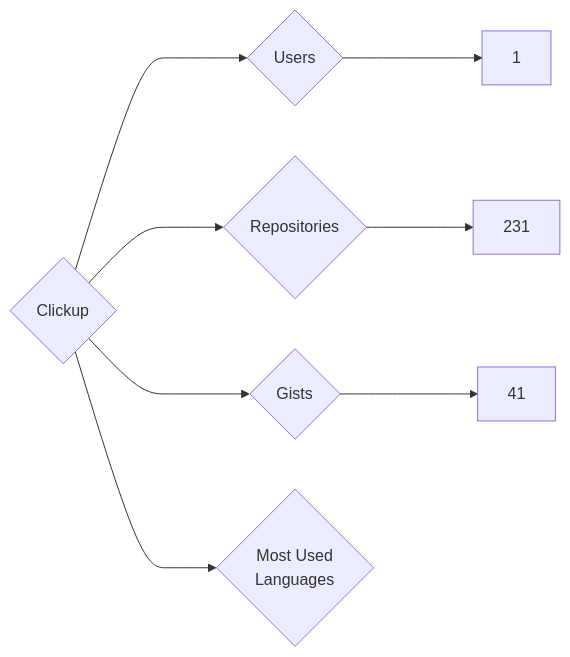
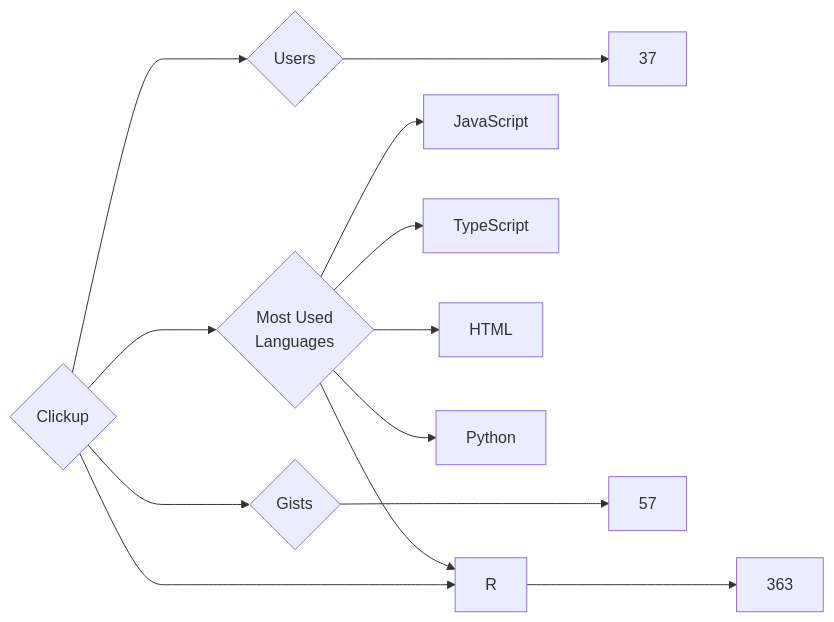
One commit to trickest/insiders changed the diagram in targets/Clickup/README.md. Above: the diagram before and after it, drawn with Mermaid. The commit also changed 914 other files, not shown here.

````diff
--- a/targets/Clickup/README.md
+++ b/targets/Clickup/README.md
@@ -3,8 +3,13 @@
 ```mermaid
 graph LR
 COMPANY_NAME{Clickup}
-COMPANY_NAME ---> U{Users} ---> UN[1]
-COMPANY_NAME ---> R{Repositories} ---> RN[231]
-COMPANY_NAME ---> G{Gists} ---> GN[41]
+COMPANY_NAME ---> U{Users} ---> UN[37]
+COMPANY_NAME ---> R{Repositories} ---> RN[363]
+COMPANY_NAME ---> G{Gists} ---> GN[57]
 COMPANY_NAME ---> ML{Most Used<br>Languages}
+ML --> JavaScript[JavaScript]
+ML --> TypeScript[TypeScript]
+ML --> HTML[HTML]
+ML --> Python[Python]
+ML --> R[R]
 ```
````
